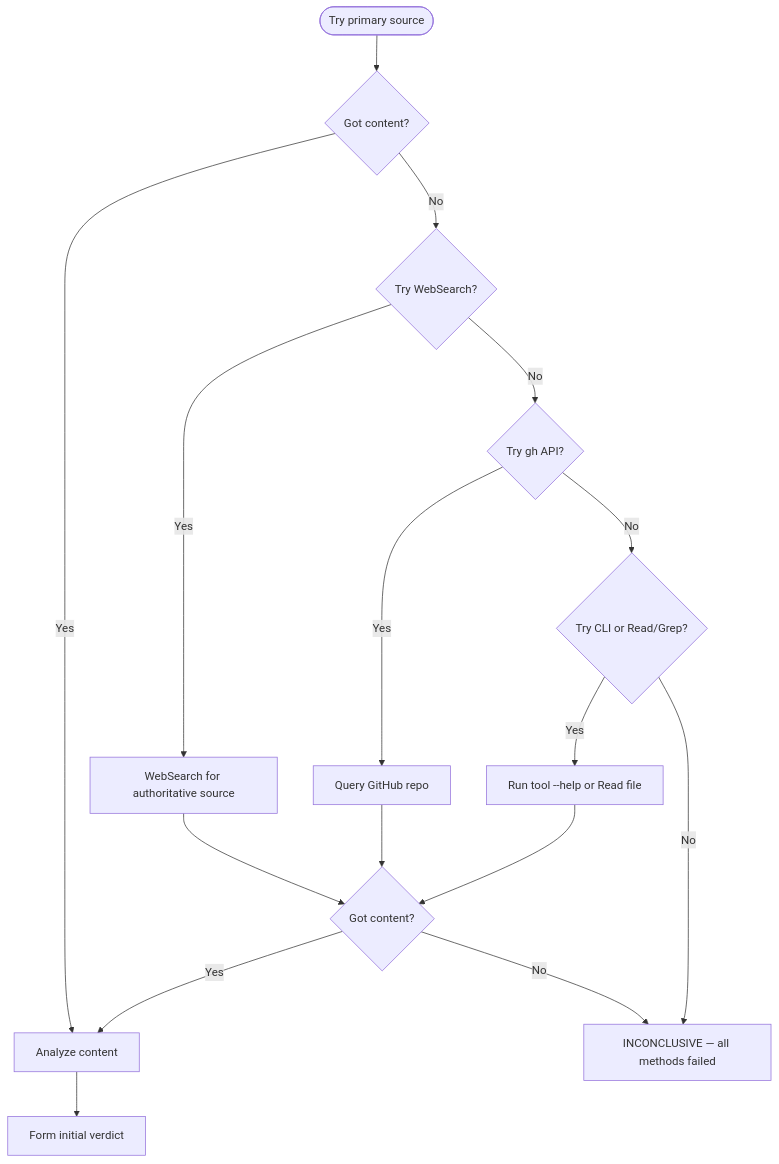
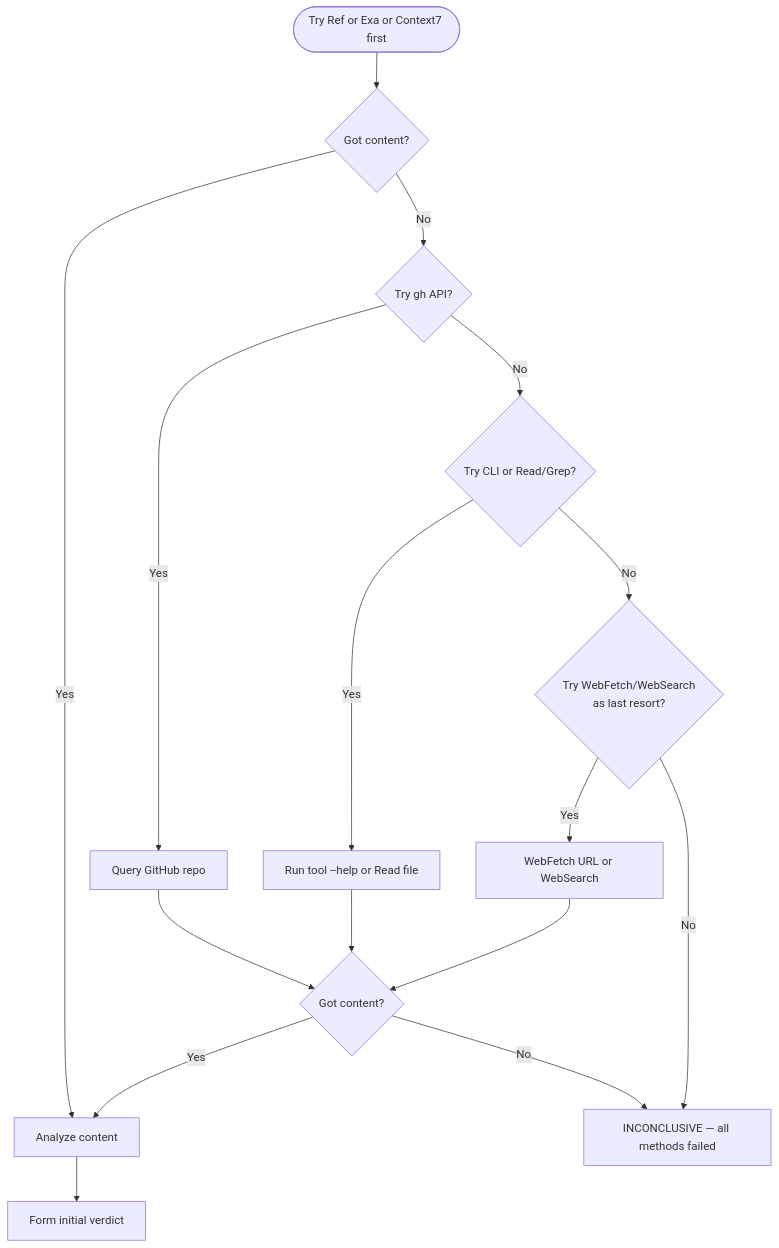
The diagram in plugins/development-harness/agents/fact-checker.md (chgreer1070/claude_skills), drawn with Mermaid before and after one commit. The commit also changed other lines of this file and 34 other files, not shown here.

````diff
--- a/plugins/development-harness/agents/fact-checker.md
+++ b/plugins/development-harness/agents/fact-checker.md
@@ -60,18 +66,18 @@
 ```mermaid
 flowchart TD
-    Start([Try primary source]) --> Success{Got content?}
+    Start([Try Ref or Exa or Context7 first]) --> Success{Got content?}
     Success -->|Yes| Analyze[Analyze content]
-    Success -->|No| Alt1{Try WebSearch?}
-    Alt1 -->|Yes| WS[WebSearch for authoritative source]
-    Alt1 -->|No| Alt2{Try gh API?}
-    Alt2 -->|Yes| GH[Query GitHub repo]
-    Alt2 -->|No| Alt3{Try CLI or Read/Grep?}
-    Alt3 -->|Yes| CLI[Run tool --help or Read file]
+    Success -->|No| Alt1{Try gh API?}
+    Alt1 -->|Yes| GH[Query GitHub repo]
+    Alt1 -->|No| Alt2{Try CLI or Read/Grep?}
+    Alt2 -->|Yes| CLI[Run tool --help or Read file]
+    Alt2 -->|No| Alt3{Try WebFetch/WebSearch<br>as last resort?}
+    Alt3 -->|Yes| WS[WebFetch URL or WebSearch]
     Alt3 -->|No| Inconclusive[INCONCLUSIVE — all methods failed]
-    WS --> Success2{Got content?}
-    GH --> Success2
+    GH --> Success2{Got content?}
     CLI --> Success2
+    WS --> Success2
     Success2 -->|Yes| Analyze
     Success2 -->|No| Inconclusive
     Analyze --> Verdict[Form initial verdict]
 ```
````
